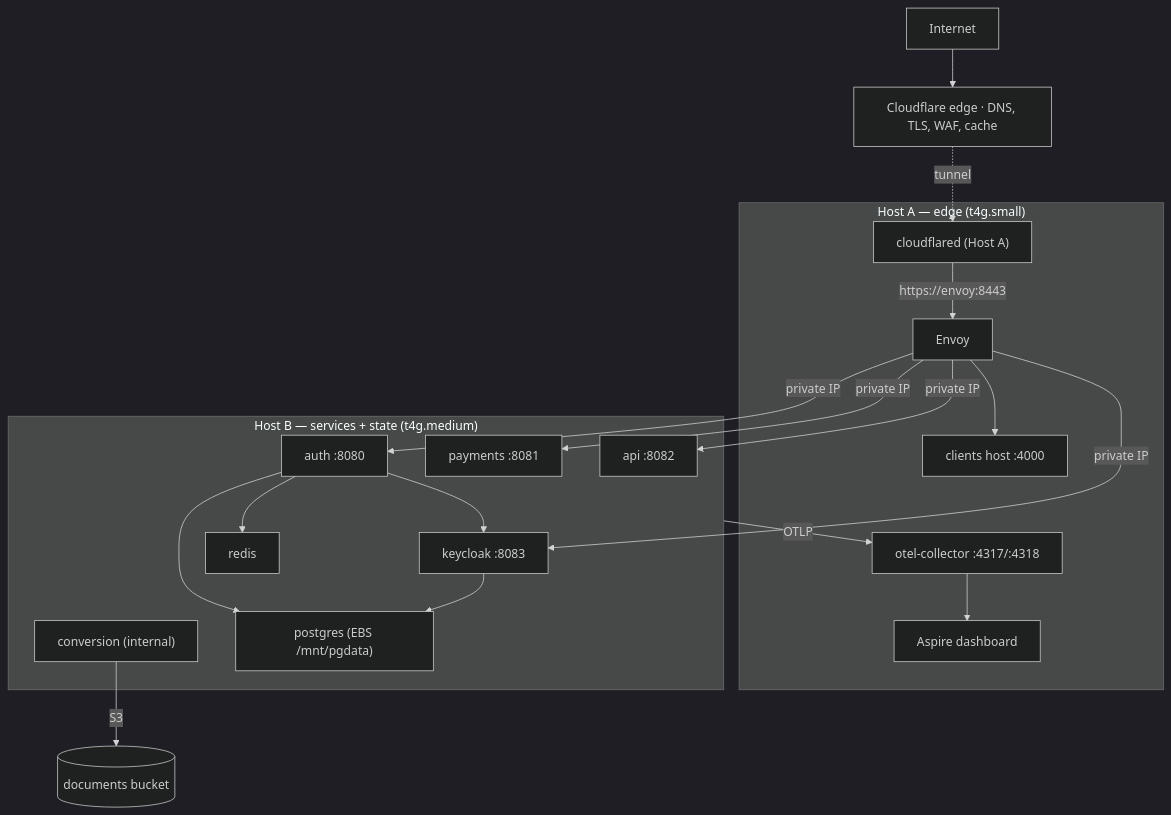
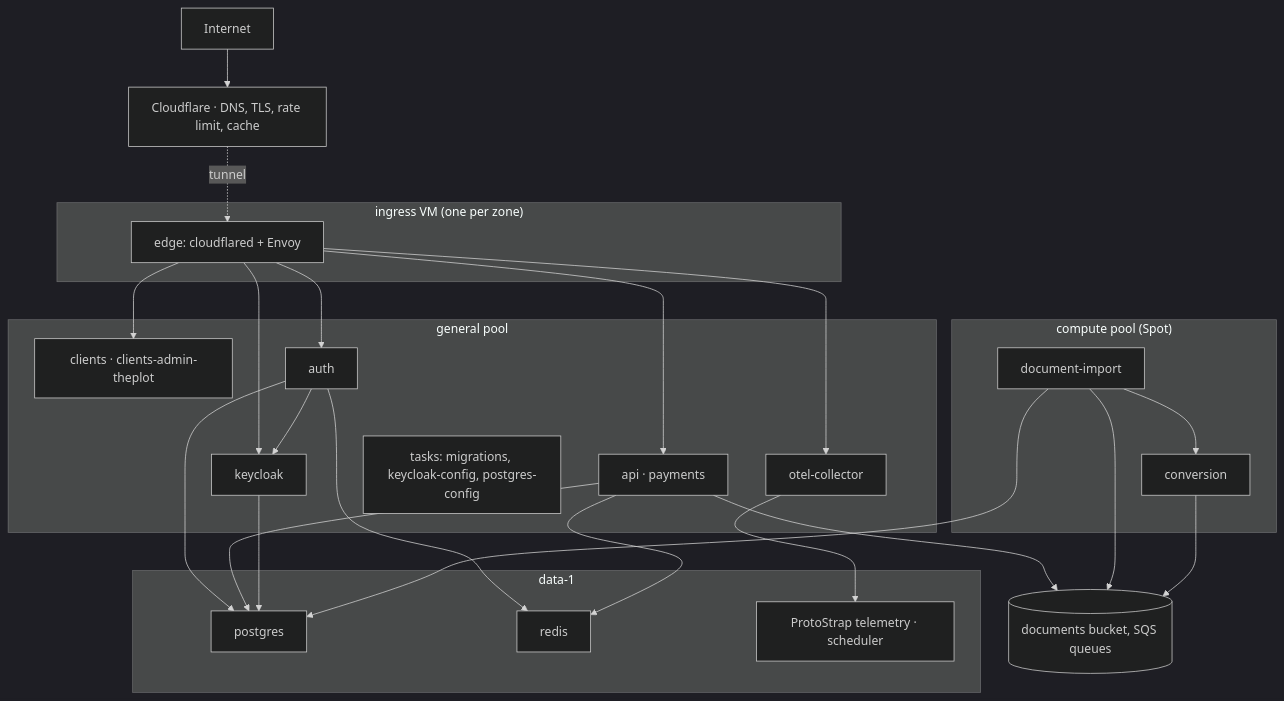
The second of 2 diagrams in docs/01-topology.md (duncan-G/ProtoFast), drawn with Mermaid (dark theme) before and after one commit. The commit also changed other lines of this file and 445 other files, not shown here.

First line of the commit message:
Move ProtoFast onto ProtoStrap

````diff
--- a/docs/01-topology.md
+++ b/docs/01-topology.md
@@ -66,32 +82,37 @@
 ```mermaid
 graph TD
-    Internet --> CF["Cloudflare edge · DNS, TLS, WAF, cache"]
-    CF -.->|tunnel| CFD["cloudflared (Host A)"]
-    CFD -->|https://envoy:8443| Envoy
+    Internet --> CF["Cloudflare · DNS, TLS, rate limit, cache"]
+    CF -.->|tunnel| Edge
 
-    subgraph HostA["Host A — edge (t4g.small)"]
-        CFD
-        Envoy
-        ClientsHost["clients host :4000"]
-        OtelA["otel-collector :4317/:4318"]
-        Dash["Aspire dashboard"]
+    subgraph Ingress["ingress VM (one per zone)"]
+        Edge["edge: cloudflared + Envoy"]
     end
 
-    subgraph HostB["Host B — services + state (t4g.medium)"]
-        AuthB["auth :8080"]
-        PayB["payments :8081"]
-        ApiB["api :8082"]
-        ConvB["conversion (internal)"]
-        KCB["keycloak :8083"]
-        PGB["postgres (EBS /mnt/pgdata)"]
-        RedisB["redis"]
+    subgraph General["general pool"]
+        Clients["clients · clients-admin-theplot"]
+        AuthG["auth"]
+        ApiG["api · payments"]
+        KCG["keycloak"]
+        OtelG["otel-collector"]
+        Tasks["tasks: migrations, keycloak-config, postgres-config"]
     end
 
-    Envoy --> ClientsHost
-    Envoy -->|private IP| AuthB & PayB & ApiB & KCB
-    AuthB --> RedisB & PGB & KCB
-    KCB --> PGB
-    ConvB -->|S3| Docs[(documents bucket)]
-    HostB -->|OTLP| OtelA
-    OtelA --> Dash
+    subgraph Compute["compute pool (Spot)"]
+        ConvC["conversion"]
+        ImportC["document-import"]
+    end
+
+    subgraph Data1["data-1"]
+        PGD["postgres"]
+        RedisD["redis"]
+        Tel["ProtoStrap telemetry · scheduler"]
+    end
+
+    Edge --> Clients & AuthG & ApiG & KCG & OtelG
+    AuthG --> KCG & RedisD & PGD
+    ApiG --> PGD & RedisD
+    KCG --> PGD
+    ImportC --> ConvC & PGD
+    ApiG & ImportC & ConvC --> S3[("documents bucket, SQS queues")]
+    OtelG --> Tel
 ```
````
